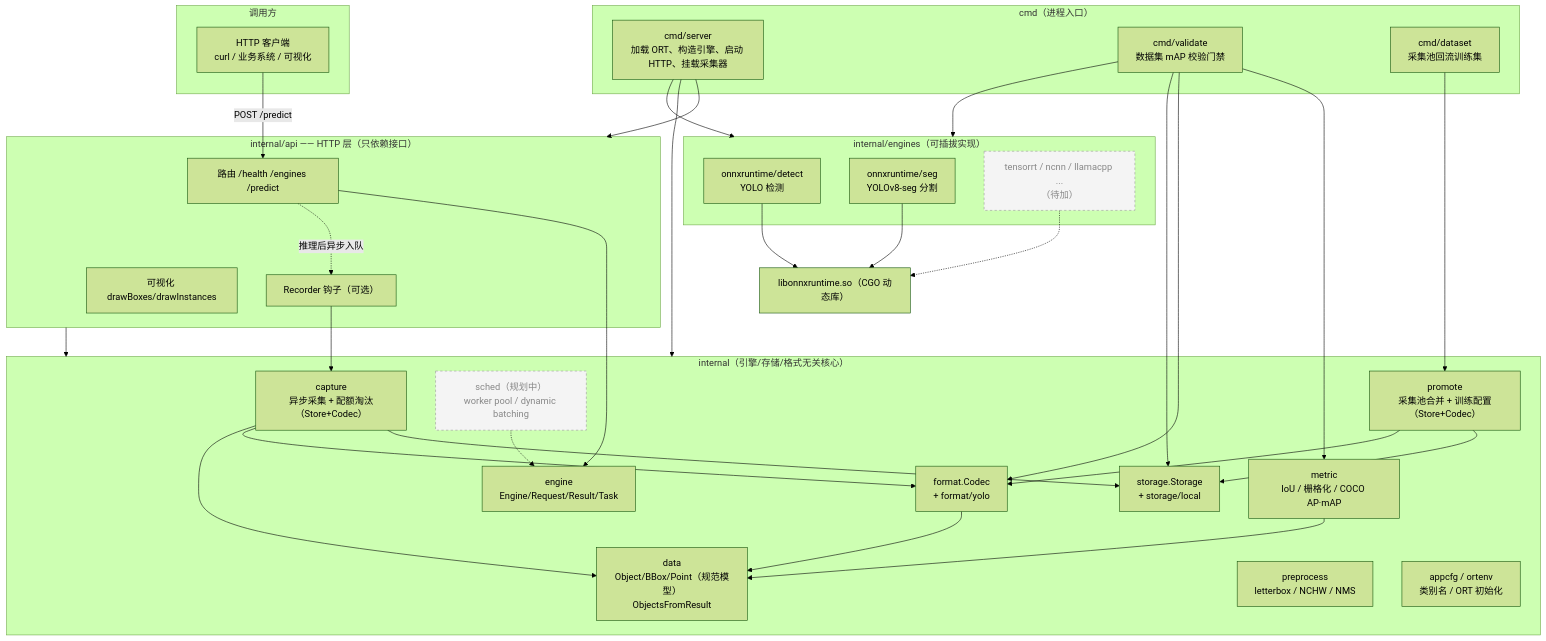
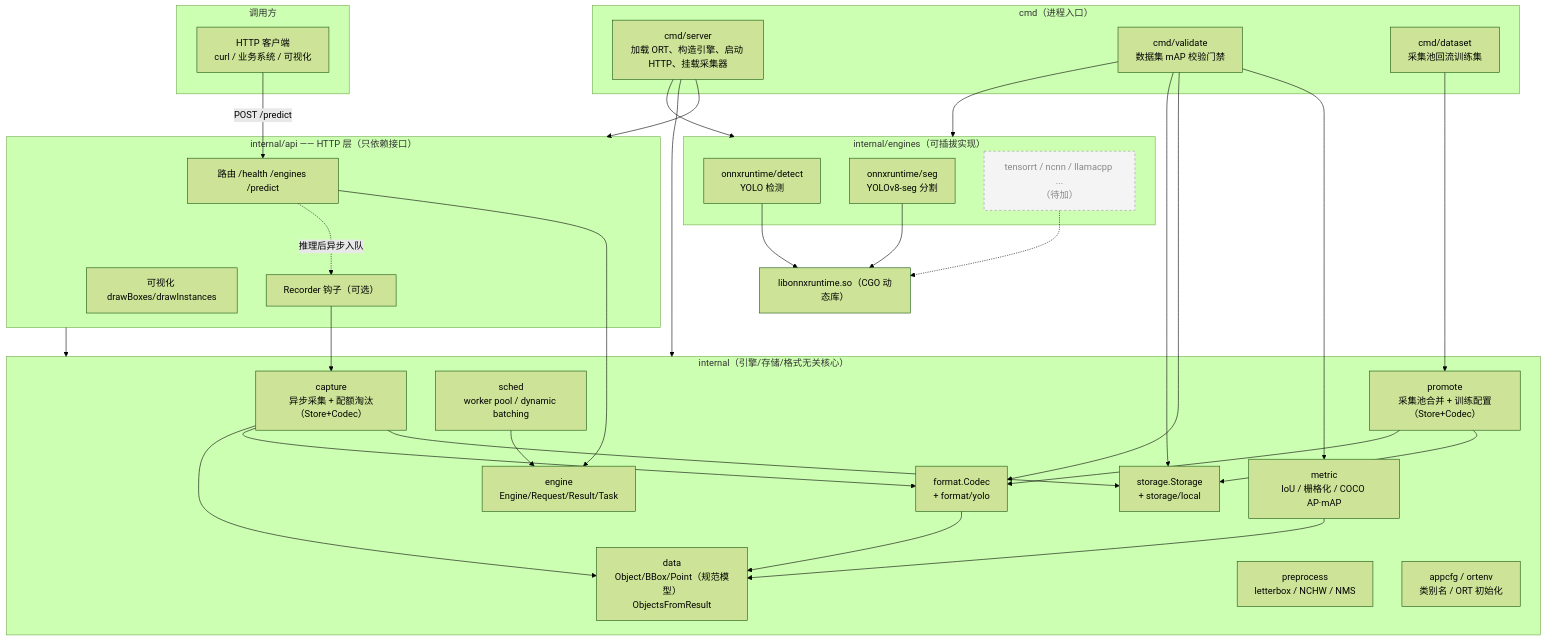
One commit to andaoai/go-infer changed the first of 5 diagrams in docs/ARCHITECTURE.md. Above: the diagram before and after it, drawn with Mermaid (forest theme). The commit also changed other lines of this file and 29 other files, not shown here.

````diff
--- a/docs/ARCHITECTURE.md
+++ b/docs/ARCHITECTURE.md
@@ -20,67 +20,67 @@
 ```mermaid
 flowchart TB
     subgraph Client["调用方"]
         C1["HTTP 客户端<br/>curl / 业务系统 / 可视化"]
     end
 
     subgraph App["cmd（进程入口）"]
         SRV["cmd/server<br/>加载 ORT、构造引擎、启动 HTTP、挂载采集器"]
         VAL["cmd/validate<br/>数据集 mAP 校验门禁"]
         DS["cmd/dataset<br/>采集池回流训练集"]
     end
 
     subgraph API["internal/api —— HTTP 层（只依赖接口）"]
         ROUTE["路由 /health /engines /predict"]
         REC["Recorder 钩子（可选）"]
         VIS["可视化 drawBoxes/drawInstances"]
     end
 
     subgraph Core["internal（引擎/存储/格式无关核心）"]
         DATA["data<br/>Object/BBox/Point（规范模型）<br/>ObjectsFromResult"]
         ENG["engine<br/>Engine/Request/Result/Task"]
         STOR["storage.Storage<br/>+ storage/local"]
         FMT["format.Codec<br/>+ format/yolo"]
         METRIC["metric<br/>IoU / 栅格化 / COCO AP·mAP"]
         CAP["capture<br/>异步采集 + 配额淘汰（Store+Codec）"]
         PROM["promote<br/>采集池合并 + 训练配置（Store+Codec）"]
-        SCHED["sched（规划中）<br/>worker pool / dynamic batching"]
+        SCHED["sched<br/>worker pool / dynamic batching"]
         PRE["preprocess<br/>letterbox / NCHW / NMS"]
         CFG["appcfg / ortenv<br/>类别名 / ORT 初始化"]
     end
 
     subgraph Backends["internal/engines（可插拔实现）"]
         DET["onnxruntime/detect<br/>YOLO 检测"]
         SEG["onnxruntime/seg<br/>YOLOv8-seg 分割"]
         FUTURE["tensorrt / ncnn / llamacpp ...<br/>（待加）"]
     end
 
     ORT["libonnxruntime.so（CGO 动态库）"]
 
     C1 -->|POST /predict| ROUTE
     ROUTE --> ENG
     ROUTE -.推理后异步入队.-> REC
     REC --> CAP
     CAP --> STOR
     CAP --> FMT
     CAP --> DATA
     SRV --> API
     SRV --> Core
     SRV --> Backends
     VAL --> METRIC
     VAL --> FMT
     VAL --> STOR
     VAL --> Backends
     DS --> PROM
     PROM --> STOR
     PROM --> FMT
     API --> Core
     FMT --> DATA
     METRIC --> DATA
-    SCHED -.-> ENG
+    SCHED --> ENG
     DET --> ORT
     SEG --> ORT
     FUTURE -.-> ORT
 
     classDef planned fill:#f4f4f4,stroke:#999,stroke-dasharray:4 4,color:#888;
-    class SCHED,FUTURE planned;
+    class FUTURE planned;
 ```
````
